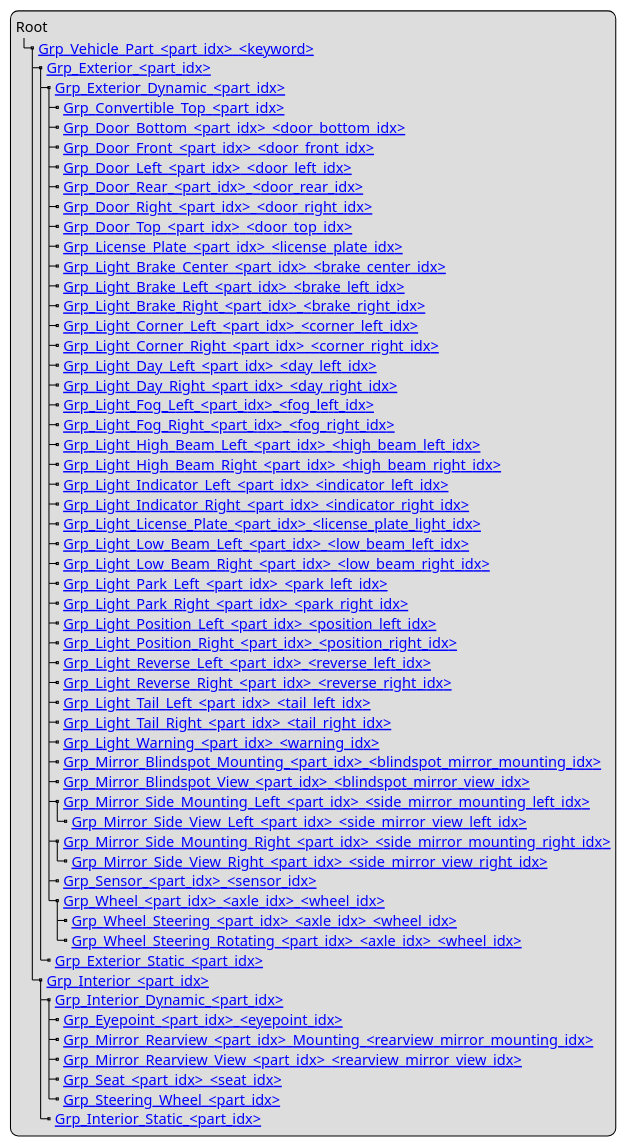
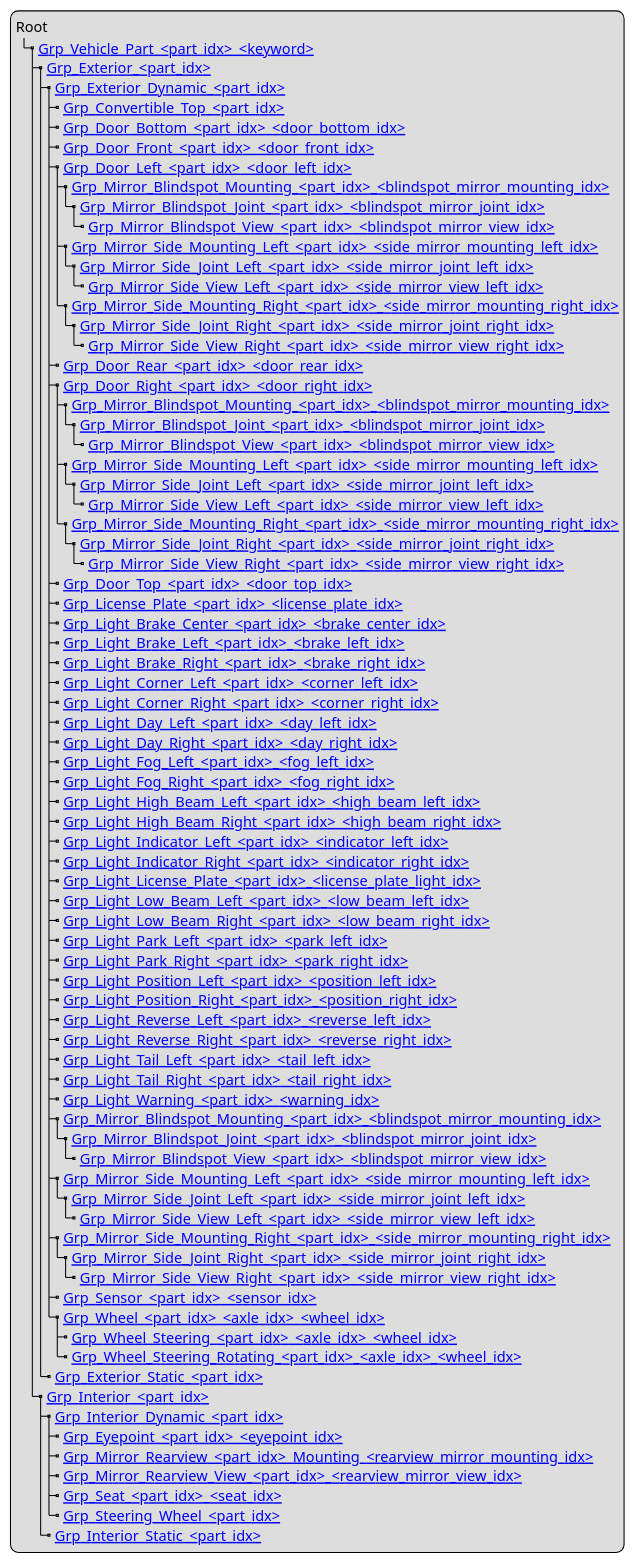
The diagram in content/geometry/object-vehicle/vehicle-structure.adoc (asam-ev/OpenMATERIAL), drawn with PlantUML before and after one commit.

Commit message:
Fix mirror hierarchy

```diff
--- a/content/geometry/object-vehicle/vehicle-structure.adoc
+++ b/content/geometry/object-vehicle/vehicle-structure.adoc
@@ -9,61 +9,82 @@
 [plantuml]
 ----
 legend
 Root
 |_ [[../geometry/object-classes.html#_grp_vehicle_part_part_idx_keyword Grp_Vehicle_Part_<part_idx>_<keyword>]]
   |_ [[../geometry/object-classes.html#_grp_exterior_part_idx Grp_Exterior_<part_idx>]]
     |_ [[../geometry/object-classes.html#_grp_exterior_dynamic_part_idx Grp_Exterior_Dynamic_<part_idx>]]
       |_ [[../geometry/object-classes.html#_grp_convertible_top_part_idx Grp_Convertible_Top_<part_idx>]]
       |_ [[../geometry/object-classes.html#_grp_door_bottom_part_idx_door_bottom_idx Grp_Door_Bottom_<part_idx>_<door_bottom_idx>]]      
       |_ [[../geometry/object-classes.html#_grp_door_front_part_idx_door_front_idx Grp_Door_Front_<part_idx>_<door_front_idx>]]
       |_ [[../geometry/object-classes.html#_grp_door_left_part_idx_door_left_idx Grp_Door_Left_<part_idx>_<door_left_idx>]]
+        |_ [[../geometry/object-classes.html#_grp_mirror_blindspot_mounting_part_idx_blindspot_mirror_mounting_idx Grp_Mirror_Blindspot_Mounting_<part_idx>_<blindspot_mirror_mounting_idx>]]
+          |_ [[../geometry/object-classes.html#_grp_mirror_blindspot_joint_part_idx_blindspot_mirror_joint_idx Grp_Mirror_Blindspot_Joint_<part_idx>_<blindspot_mirror_joint_idx>]] 
+            |_ [[../geometry/object-classes.html#_grp_mirror_blindspot_view_part_idx_blindspot_mirror_view_idx Grp_Mirror_Blindspot_View_<part_idx>_<blindspot_mirror_view_idx>]] 
+        |_ [[../geometry/object-classes.html#_grp_mirror_side_mounting_left_part_idx_side_mirror_mounting_left_id Grp_Mirror_Side_Mounting_Left_<part_idx>_<side_mirror_mounting_left_idx>]]
+          |_ [[../geometry/object-classes.html#_grp_mirror_side_joint_left_part_idx_side_mirror_joint_left_idx Grp_Mirror_Side_Joint_Left_<part_idx>_<side_mirror_joint_left_idx> ]]
+            |_ [[../geometry/object-classes.html#_grp_mirror_side_view_left_part_idx_side_mirror_view_left_idx Grp_Mirror_Side_View_Left_<part_idx>_<side_mirror_view_left_idx> ]]
+        |_ [[../geometry/object-classes.html#_grp_mirror_side_mounting_right_part_idx_side_mirror_mounting_right_idx Grp_Mirror_Side_Mounting_Right_<part_idx>_<side_mirror_mounting_right_idx>]]
+          |_ [[../geometry/object-classes.html#_grp_mirror_side_joint_right_part_idx_side_mirror_joint_right_idx Grp_Mirror_Side_Joint_Right_<part_idx>_<side_mirror_joint_right_idx> ]]   
+            |_ [[../geometry/object-classes.html#_grp_mirror_side_view_right_part_idx_side_mirror_view_right_idx Grp_Mirror_Side_View_Right_<part_idx>_<side_mirror_view_right_idx> ]]
       |_ [[../geometry/object-classes.html#_grp_door_rear_part_idx_door_rear_idx Grp_Door_Rear_<part_idx>_<door_rear_idx>]]
-      |_ [[../geometry/object-classes.html#_grp_door_right_part_idx_door_right_idx Grp_Door_Right_<part_idx>_<door_right_idx>]]      
+      |_ [[../geometry/object-classes.html#_grp_door_right_part_idx_door_right_idx Grp_Door_Right_<part_idx>_<door_right_idx>]]
+        |_ [[../geometry/object-classes.html#_grp_mirror_blindspot_mounting_part_idx_blindspot_mirror_mounting_idx Grp_Mirror_Blindspot_Mounting_<part_idx>_<blindspot_mirror_mounting_idx>]]
+          |_ [[../geometry/object-classes.html#_grp_mirror_blindspot_joint_part_idx_blindspot_mirror_joint_idx Grp_Mirror_Blindspot_Joint_<part_idx>_<blindspot_mirror_joint_idx>]] 
+            |_ [[../geometry/object-classes.html#_grp_mirror_blindspot_view_part_idx_blindspot_mirror_view_idx Grp_Mirror_Blindspot_View_<part_idx>_<blindspot_mirror_view_idx>]]
+        |_ [[../geometry/object-classes.html#_grp_mirror_side_mounting_left_part_idx_side_mirror_mounting_left_id Grp_Mirror_Side_Mounting_Left_<part_idx>_<side_mirror_mounting_left_idx>]]
+          |_ [[../geometry/object-classes.html#_grp_mirror_side_joint_left_part_idx_side_mirror_joint_left_idx Grp_Mirror_Side_Joint_Left_<part_idx>_<side_mirror_joint_left_idx> ]]
+            |_ [[../geometry/object-classes.html#_grp_mirror_side_view_left_part_idx_side_mirror_view_left_idx Grp_Mirror_Side_View_Left_<part_idx>_<side_mirror_view_left_idx> ]]
+        |_ [[../geometry/object-classes.html#_grp_mirror_side_mounting_right_part_idx_side_mirror_mounting_right_idx Grp_Mirror_Side_Mounting_Right_<part_idx>_<side_mirror_mounting_right_idx>]]
+          |_ [[../geometry/object-classes.html#_grp_mirror_side_joint_right_part_idx_side_mirror_joint_right_idx Grp_Mirror_Side_Joint_Right_<part_idx>_<side_mirror_joint_right_idx> ]]
+            |_ [[../geometry/object-classes.html#_grp_mirror_side_view_right_part_idx_side_mirror_view_right_idx Grp_Mirror_Side_View_Right_<part_idx>_<side_mirror_view_right_idx> ]]
       |_ [[../geometry/object-classes.html#_grp_door_top_part_idx_door_top_idx Grp_Door_Top_<part_idx>_<door_top_idx>]]
       |_ [[../geometry/object-classes.html#_grp_license_plate_part_idx_license_plate_idx Grp_License_Plate_<part_idx>_<license_plate_idx>]]
       |_ [[../geometry/object-classes.html#_grp_light_brake_center_part_idx_brake_center_idx Grp_Light_Brake_Center_<part_idx>_<brake_center_idx>]]
       |_ [[../geometry/object-classes.html#_grp_light_brake_left_part_idx_brake_left_idx Grp_Light_Brake_Left_<part_idx>_<brake_left_idx>]]      
       |_ [[../geometry/object-classes.html#_grp_light_brake_right_part_idx_brake_right_idx Grp_Light_Brake_Right_<part_idx>_<brake_right_idx>]]
       |_ [[../geometry/object-classes.html#_grp_light_corner_left_part_idx_corner_left_idx Grp_Light_Corner_Left_<part_idx>_<corner_left_idx>]]
       |_ [[../geometry/object-classes.html#_grp_light_corner_right_part_idx_corner_right_idx Grp_Light_Corner_Right_<part_idx>_<corner_right_idx>]]
       |_ [[../geometry/object-classes.html#_grp_light_day_left_part_idx_day_left_idx Grp_Light_Day_Left_<part_idx>_<day_left_idx>]]
       |_ [[../geometry/object-classes.html#_grp_light_day_right_part_idx_day_right_idx Grp_Light_Day_Right_<part_idx>_<day_right_idx>]]
       |_ [[../geometry/object-classes.html#_grp_light_fog_left_part_idx_fog_left_idx Grp_Light_Fog_Left_<part_idx>_<fog_left_idx>]]
       |_ [[../geometry/object-classes.html#_grp_light_fog_right_part_idx_fog_right_idx Grp_Light_Fog_Right_<part_idx>_<fog_right_idx>]]
       |_ [[../geometry/object-classes.html#_grp_light_high_beam_left_part_idx_high_beam_left_idx Grp_Light_High_Beam_Left_<part_idx>_<high_beam_left_idx>]]
       |_ [[../geometry/object-classes.html#_grp_light_high_beam_right_part_idx_high_beam_right_idx Grp_Light_High_Beam_Right_<part_idx>_<high_beam_right_idx>]]
       |_ [[../geometry/object-classes.html#_grp_light_indicator_left_part_idx_indicator_left_idx Grp_Light_Indicator_Left_<part_idx>_<indicator_left_idx>]]
       |_ [[../geometry/object-classes.html#_grp_light_indicator_right_part_idx_indicator_right_idx Grp_Light_Indicator_Right_<part_idx>_<indicator_right_idx>]]
       |_ [[../geometry/object-classes.html#_grp_light_license_plate_part_idx_license_plate_light_idx Grp_Light_License_Plate_<part_idx>_<license_plate_light_idx>]]
       |_ [[../geometry/object-classes.html#_grp_light_low_beam_left_part_idx_low_beam_left_idx Grp_Light_Low_Beam_Left_<part_idx>_<low_beam_left_idx>]]
       |_ [[../geometry/object-classes.html#_grp_light_low_beam_right_part_idx_low_beam_right_idx Grp_Light_Low_Beam_Right_<part_idx>_<low_beam_right_idx>]]
       |_ [[../geometry/object-classes.html#_grp_light_park_left_part_idx_park_left_idx Grp_Light_Park_Left_<part_idx>_<park_left_idx>]]
       |_ [[../geometry/object-classes.html#_grp_light_park_right_part_idx_park_right_idx Grp_Light_Park_Right_<part_idx>_<park_right_idx> ]]
       |_ [[../geometry/object-classes.html#_grp_light_position_left_part_idx_position_left_idx Grp_Light_Position_Left_<part_idx>_<position_left_idx>]]
       |_ [[../geometry/object-classes.html#_grp_light_position_right_part_idx_position_right_idx Grp_Light_Position_Right_<part_idx>_<position_right_idx>]]
       |_ [[../geometry/object-classes.html#_grp_light_reverse_left_part_idx_reverse_left_idx Grp_Light_Reverse_Left_<part_idx>_<reverse_left_idx>]]
       |_ [[../geometry/object-classes.html#_grp_light_reverse_right_part_idx_reverse_right_idx Grp_Light_Reverse_Right_<part_idx>_<reverse_right_idx>]]
       |_ [[../geometry/object-classes.html#_grp_light_tail_left_part_idx_tail_left_idx Grp_Light_Tail_Left_<part_idx>_<tail_left_idx>]]
       |_ [[../geometry/object-classes.html#_grp_light_tail_right_part_idx_tail_right_idx Grp_Light_Tail_Right_<part_idx>_<tail_right_idx>]]
       |_ [[../geometry/object-classes.html#_grp_light_warning_part_idx_warning_idx Grp_Light_Warning_<part_idx>_<warning_idx>]]
       |_ [[../geometry/object-classes.html#_grp_mirror_blindspot_mounting_part_idx_blindspot_mirror_mounting_idx Grp_Mirror_Blindspot_Mounting_<part_idx>_<blindspot_mirror_mounting_idx>]]
-      |_ [[../geometry/object-classes.html#_grp_mirror_blindspot_view_part_idx_blindspot_mirror_view_idx Grp_Mirror_Blindspot_View_<part_idx>_<blindspot_mirror_view_idx>]] 
+        |_ [[../geometry/object-classes.html#_grp_mirror_blindspot_joint_part_idx_blindspot_mirror_joint_idx Grp_Mirror_Blindspot_Joint_<part_idx>_<blindspot_mirror_joint_idx>]] 
+          |_ [[../geometry/object-classes.html#_grp_mirror_blindspot_view_part_idx_blindspot_mirror_view_idx Grp_Mirror_Blindspot_View_<part_idx>_<blindspot_mirror_view_idx>]] 
       |_ [[../geometry/object-classes.html#_grp_mirror_side_mounting_left_part_idx_side_mirror_mounting_left_id Grp_Mirror_Side_Mounting_Left_<part_idx>_<side_mirror_mounting_left_idx>]]
-        |_ [[../geometry/object-classes.html#_grp_mirror_side_view_left_part_idx_side_mirror_view_left_idx Grp_Mirror_Side_View_Left_<part_idx>_<side_mirror_view_left_idx> ]]
+        |_ [[../geometry/object-classes.html#_grp_mirror_side_joint_left_part_idx_side_mirror_joint_left_idx Grp_Mirror_Side_Joint_Left_<part_idx>_<side_mirror_joint_left_idx> ]]
+          |_ [[../geometry/object-classes.html#_grp_mirror_side_view_left_part_idx_side_mirror_view_left_idx Grp_Mirror_Side_View_Left_<part_idx>_<side_mirror_view_left_idx> ]]
       |_ [[../geometry/object-classes.html#_grp_mirror_side_mounting_right_part_idx_side_mirror_mounting_right_idx Grp_Mirror_Side_Mounting_Right_<part_idx>_<side_mirror_mounting_right_idx>]]
-        |_ [[../geometry/object-classes.html#_grp_mirror_side_view_right_part_idx_side_mirror_view_right_idx Grp_Mirror_Side_View_Right_<part_idx>_<side_mirror_view_right_idx> ]]          
+        |_ [[../geometry/object-classes.html#_grp_mirror_side_joint_right_part_idx_side_mirror_joint_right_idx Grp_Mirror_Side_Joint_Right_<part_idx>_<side_mirror_joint_right_idx> ]]   
+          |_ [[../geometry/object-classes.html#_grp_mirror_side_view_right_part_idx_side_mirror_view_right_idx Grp_Mirror_Side_View_Right_<part_idx>_<side_mirror_view_right_idx> ]]          
       |_ [[../geometry/object-classes.html#_grp_sensor_part_idx_sensor_idx Grp_Sensor_<part_idx>_<sensor_idx>]]
       |_ [[../geometry/object-classes.html#_grp_wheel_part_idx_axle_idx_wheel_idx Grp_Wheel_<part_idx>_<axle_idx>_<wheel_idx>]]
         |_ [[../geometry/object-classes.html#_grp_wheel_steering_part_idx_axle_idx_wheel_idx Grp_Wheel_Steering_<part_idx>_<axle_idx>_<wheel_idx>]]
         |_ [[../geometry/object-classes.html#_grp_wheel_steering_rotating_part_idx_axle_idx_wheel_idx Grp_Wheel_Steering_Rotating_<part_idx>_<axle_idx>_<wheel_idx>]]
     |_ [[../geometry/object-classes.html#_grp_exterior_static_part_idx Grp_Exterior_Static_<part_idx>]]
   |_ [[../geometry/object-classes.html#_grp_interior_part_idx Grp_Interior_<part_idx>]]
     |_ [[../geometry/object-classes.html#_grp_interior_dynamic_part_idx Grp_Interior_Dynamic_<part_idx>]]
       |_ [[../geometry/object-classes.html#_grp_eyepoint_part_idx_eyepoint_idx Grp_Eyepoint_<part_idx>_<eyepoint_idx>]]
       |_ [[../geometry/object-classes.html#_grp_mirror_rearview_mounting_part_idx_rearview_mirror_mounting_idx Grp_Mirror_Rearview_<part_idx>_Mounting_<rearview_mirror_mounting_idx>]]
       |_ [[../geometry/object-classes.html#_grp_mirror_rearview_view_part_idx_rearview_mirror_view_idx Grp_Mirror_Rearview_View_<part_idx>_<rearview_mirror_view_idx>]]
       |_ [[../geometry/object-classes.html#_grp_seat_part_idx_seat_idx Grp_Seat_<part_idx>_<seat_idx>]]
       |_ [[../geometry/object-classes.html#_grp_steering_wheel_part_idx Grp_Steering_Wheel_<part_idx>]]
     |_ [[../geometry/object-classes.html#_grp_interior_static_part_idx Grp_Interior_Static_<part_idx>]]
 end legend
 ----
```
